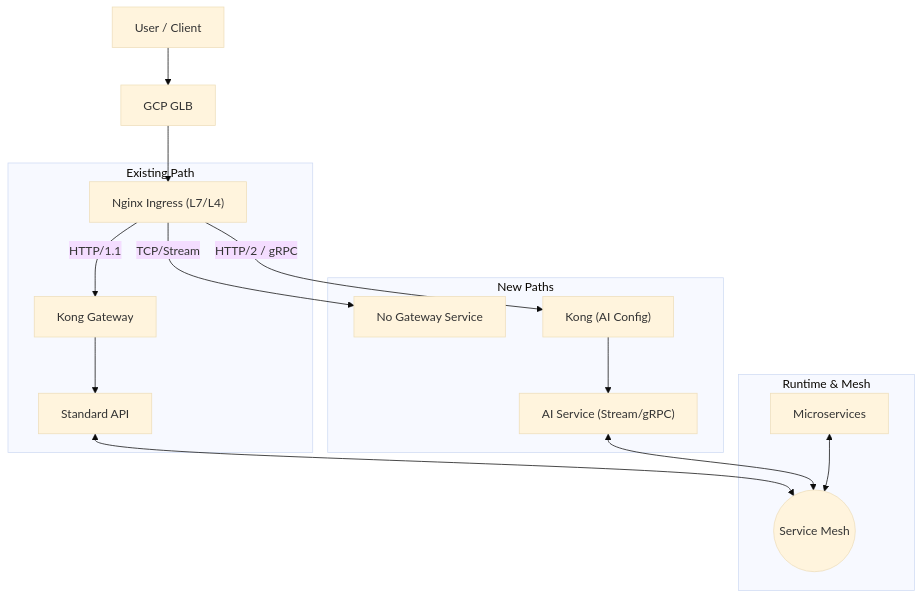
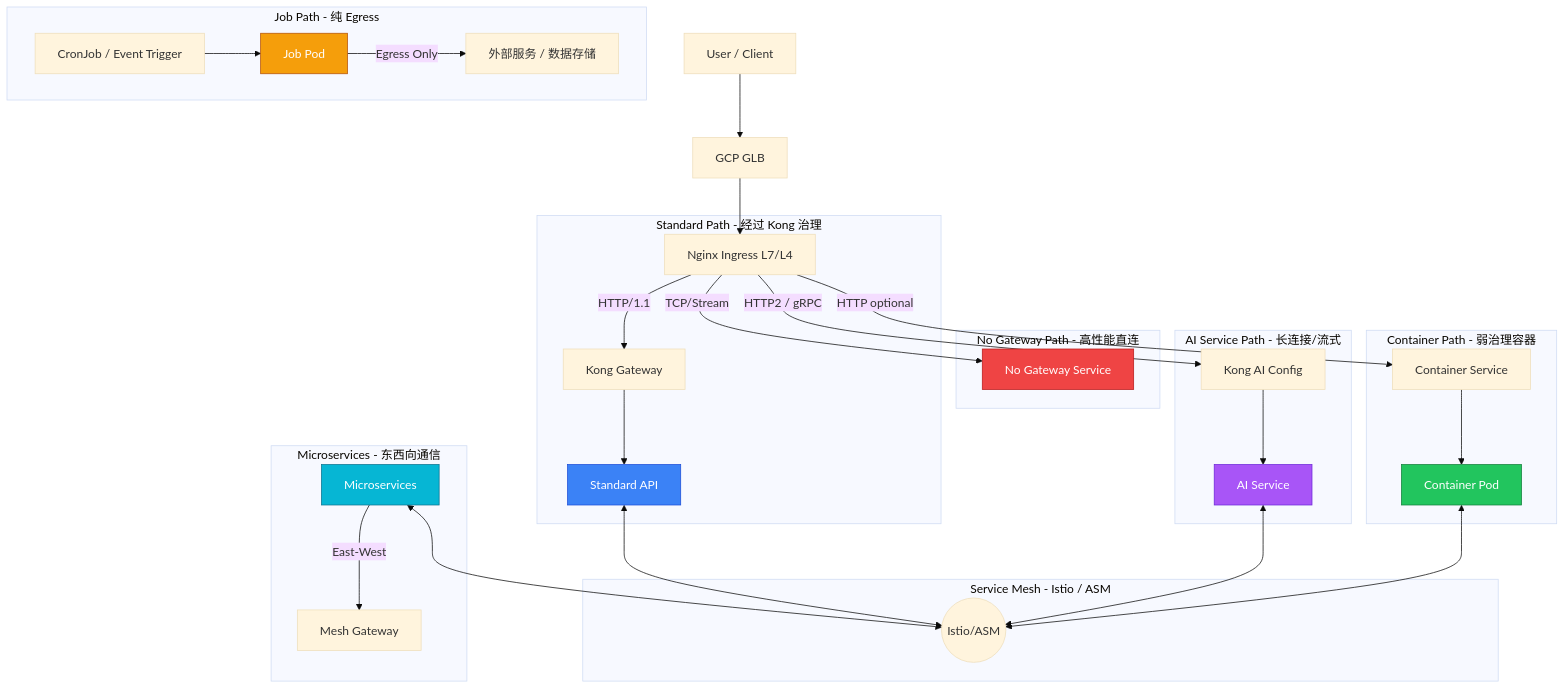
The first of 2 diagrams in concept/api-service/docs/api.md (aibangjuxin/knowledge), drawn with Mermaid (base theme) before and after one commit. The commit also changed other lines of this file, not shown here.

First line of the commit message:
docs: update api

````diff
--- a/concept/api-service/docs/api.md
+++ b/concept/api-service/docs/api.md
@@ -64,22 +147,47 @@
 ```mermaid
 graph TD
-    User[User / Client] --> GLB[GCP GLB]
-    GLB --> Nginx["Nginx Ingress (L7/L4)"]
-    
-    subgraph "Existing Path"
-    Nginx --"HTTP/1.1"--> Kong[Kong Gateway]
-    Kong --> StdAPI[Standard API]
+    User["User / Client"] --> GLB["GCP GLB"]
+    GLB --> Nginx["Nginx Ingress L7/L4"]
+
+    subgraph StandardPath["Standard Path - 经过 Kong 治理"]
+        Nginx -->|HTTP/1.1| Kong["Kong Gateway"]
+        Kong --> StdAPI["Standard API"]
     end
 
-    subgraph "New Paths"
-    Nginx --"TCP/Stream"--> NoGW[No Gateway Service]
-    Nginx --"HTTP/2 / gRPC"--> KongAI["Kong (AI Config)"]
-    KongAI --> AI["AI Service (Stream/gRPC)"]
+    subgraph NoGWPath["No Gateway Path - 高性能直连"]
+        Nginx -->|TCP/Stream| NoGW["No Gateway Service"]
     end
 
-    subgraph "Runtime & Mesh"
-    StdAPI <--> Mesh((Service Mesh))
-    AI <--> Mesh
-    Micro[Microservices] <--> Mesh
+    subgraph AIPath["AI Service Path - 长连接/流式"]
+        Nginx -->|HTTP2 / gRPC| KongAI["Kong AI Config"]
+        KongAI --> AISvc["AI Service"]
     end
+
+    subgraph ContainerPath["Container Path - 弱治理容器"]
+        Nginx -->|HTTP optional| ContainerSvc["Container Service"]
+        ContainerSvc --> ContainerPod["Container Pod"]
+    end
+
+    subgraph MicroPath["Microservices - 东西向通信"]
+        Micro["Microservices"] -->|East-West| MeshGW["Mesh Gateway"]
+    end
+
+    subgraph JobPath["Job Path - 纯 Egress"]
+        CronTrigger["CronJob / Event Trigger"] --> JobPod["Job Pod"]
+        JobPod -->|Egress Only| ExtSvc["外部服务 / 数据存储"]
+    end
+
+    subgraph MeshLayer["Service Mesh - Istio / ASM"]
+        StdAPI <--> Mesh(("Istio/ASM"))
+        AISvc <--> Mesh
+        Micro <--> Mesh
+        ContainerPod <--> Mesh
+    end
+
+    style StdAPI fill:#3b82f6,stroke:#1d4ed8,color:#fff
+    style ContainerPod fill:#22c55e,stroke:#15803d,color:#fff
+    style JobPod fill:#f59e0b,stroke:#b45309,color:#fff
+    style AISvc fill:#a855f7,stroke:#6d28d9,color:#fff
+    style NoGW fill:#ef4444,stroke:#b91c1c,color:#fff
+    style Micro fill:#06b6d4,stroke:#0e7490,color:#fff
 ```
````
